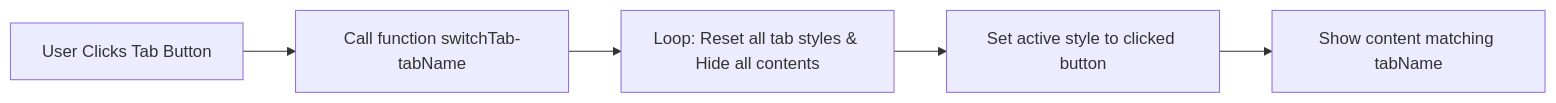
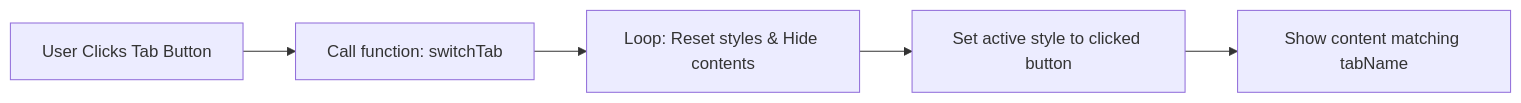
Before and after one commit to Nonnani-cs/G2_cs403: the second of 4 diagrams in system_flowchart.md, drawn with Mermaid. The commit also changed other lines of this file, not shown here.

Commit message:
flowchart v1

````diff
--- a/system_flowchart.md
+++ b/system_flowchart.md
@@ -30,7 +39,7 @@
 ```mermaid
 graph LR
-    A[User Clicks Tab Button] --> B[Call function switchTab-tabName]
-    B --> C[Loop: Reset all tab styles & Hide all contents]
-    C --> D[Set active style to clicked button]
-    D --> E[Show content matching tabName]
+    TabClick[User Clicks Tab Button] --> CallSwitchTab[Call function: switchTab]
+    CallSwitchTab --> ResetUI[Loop: Reset styles & Hide contents]
+    ResetUI --> ActivateTab[Set active style to clicked button]
+    ActivateTab --> ShowContent[Show content matching tabName]
 ```
````
